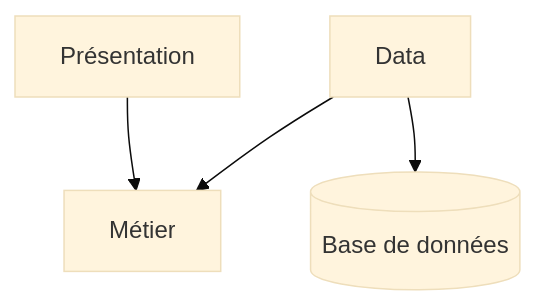
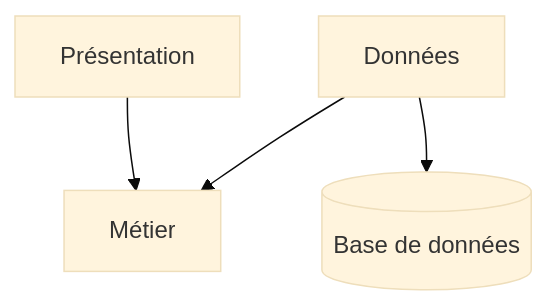
One commit to donnatchris/DDD changed the second of 4 diagrams in ARCHITECTURE.md. Above: the diagram before and after it, drawn with Mermaid (base theme). The commit also changed other lines of this file, not shown here.

````diff
--- a/ARCHITECTURE.md
+++ b/ARCHITECTURE.md
@@ -101,6 +120,6 @@
 ```mermaid
 flowchart TD
     A[Présentation] --> B[Métier]
-    C[Data] --> B
-    C[Data] --> D[(Base de données)]
+    C[Données] --> B
+    C --> D[(Base de données)]
 ```
````
